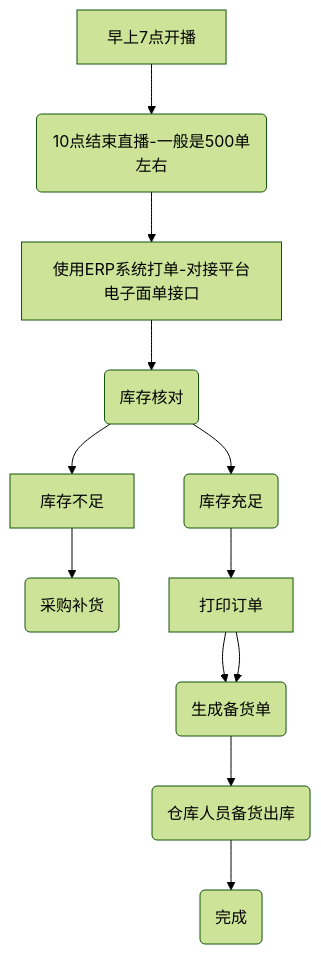
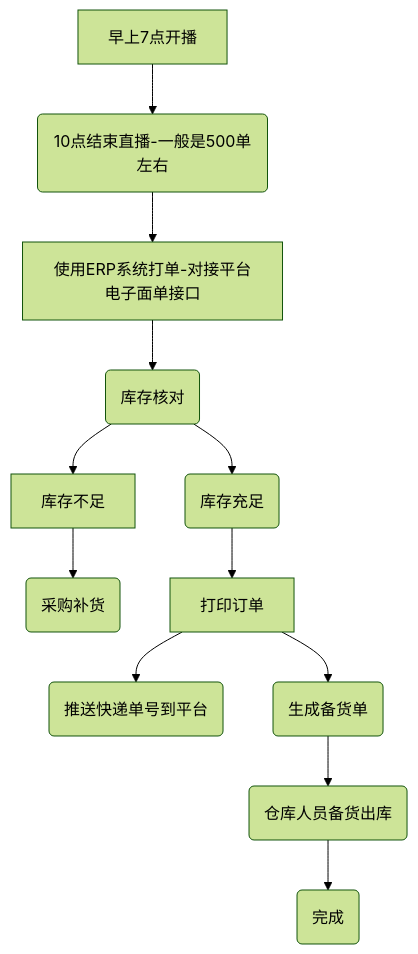
One commit to zeasin/qihangerp changed the first of 5 diagrams in README.md. Above: the diagram before and after it, drawn with Mermaid (forest theme).

````diff
--- a/README.md
+++ b/README.md
@@ -20,15 +20,15 @@
 ```mermaid
 graph TD
 A[早上7点开播] -->B(10点结束直播-一般是500单左右)
     B --> C[使用ERP系统打单-对接平台电子面单接口]
     C --> E(库存核对)
     E --> F[库存不足]
     F --> F1(采购补货)
     E --> G(库存充足)
     G --> G1[打印订单]
-    G1 --> G2(推送快递单号到平台)
+    G1 --> G5(推送快递单号到平台)
     G1 --> G2(生成备货单)
     G2 --> G3(仓库人员备货出库)
     G3 --> H(完成)
 
 ```
````
